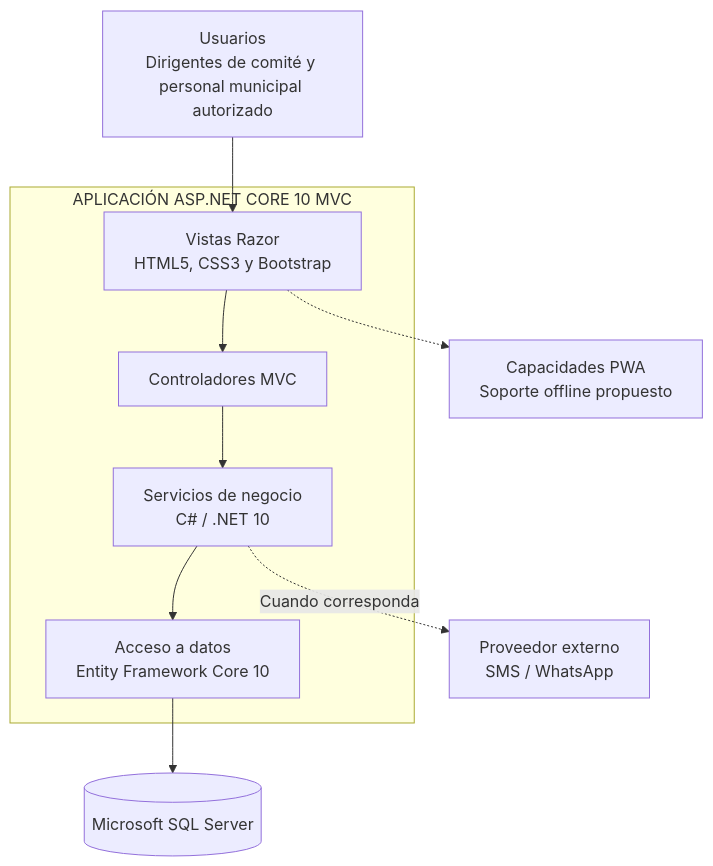
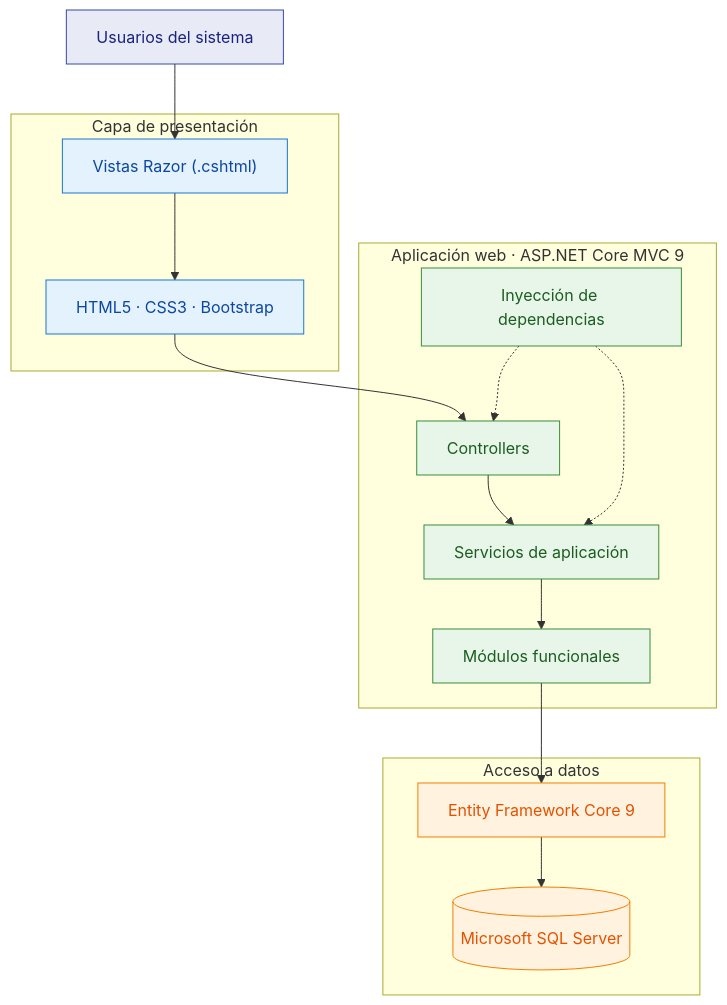
One commit to Yey-Cardenas/Programas-Sociales changed the diagram in arquitectura/enfoque-arquitectonico.md. Above: the diagram before and after it, drawn with Mermaid. The commit also changed other lines of this file and 12 other files, not shown here.

````diff
--- a/arquitectura/enfoque-arquitectonico.md
+++ b/arquitectura/enfoque-arquitectonico.md
@@ -20,23 +22,41 @@
 ```mermaid
-flowchart TD
-    U["Usuarios<br/>Dirigentes de comité y personal municipal autorizado"]
+flowchart TB
+    U["Usuarios del sistema"]
 
-    subgraph APP["APLICACIÓN ASP.NET CORE 10 MVC"]
-        V["Vistas Razor<br/>HTML5, CSS3 y Bootstrap"]
-        C["Controladores MVC"]
-        S["Servicios de negocio<br/>C# / .NET 10"]
-        D["Acceso a datos<br/>Entity Framework Core 10"]
+    subgraph CLIENTE["Capa de presentación"]
+        V["Vistas Razor (.cshtml)"]
+        B["HTML5 · CSS3 · Bootstrap"]
     end
 
-    DB[("Microsoft SQL Server")]
-    EXT["Proveedor externo<br/>SMS / WhatsApp"]
-    PWA["Capacidades PWA<br/>Soporte offline propuesto"]
+    subgraph APLICACION["Aplicación web · ASP.NET Core MVC 9"]
+        C["Controllers"]
+        S["Servicios de aplicación"]
+        M["Módulos funcionales"]
+        DI["Inyección de dependencias"]
+    end
+
+    subgraph DATOS["Acceso a datos"]
+        EF["Entity Framework Core 9"]
+        DB[("Microsoft SQL Server")]
+    end
 
     U --> V
-    V --> C
+    V --> B
+    B --> C
     C --> S
-    S --> D
-    D --> DB
-    S -.->|"Cuando corresponda"| EXT
-    V -.-> PWA
+    S --> M
+    DI -.-> C
+    DI -.-> S
+    M --> EF
+    EF --> DB
+
+    classDef usuario fill:#E8EAF6,stroke:#3949AB,color:#1A237E
+    classDef presentacion fill:#E3F2FD,stroke:#1976D2,color:#0D47A1
+    classDef aplicacion fill:#E8F5E9,stroke:#388E3C,color:#1B5E20
+    classDef datos fill:#FFF3E0,stroke:#F57C00,color:#E65100
+
+    class U usuario
+    class V,B presentacion
+    class C,S,M,DI aplicacion
+    class EF,DB datos
 ```
````
